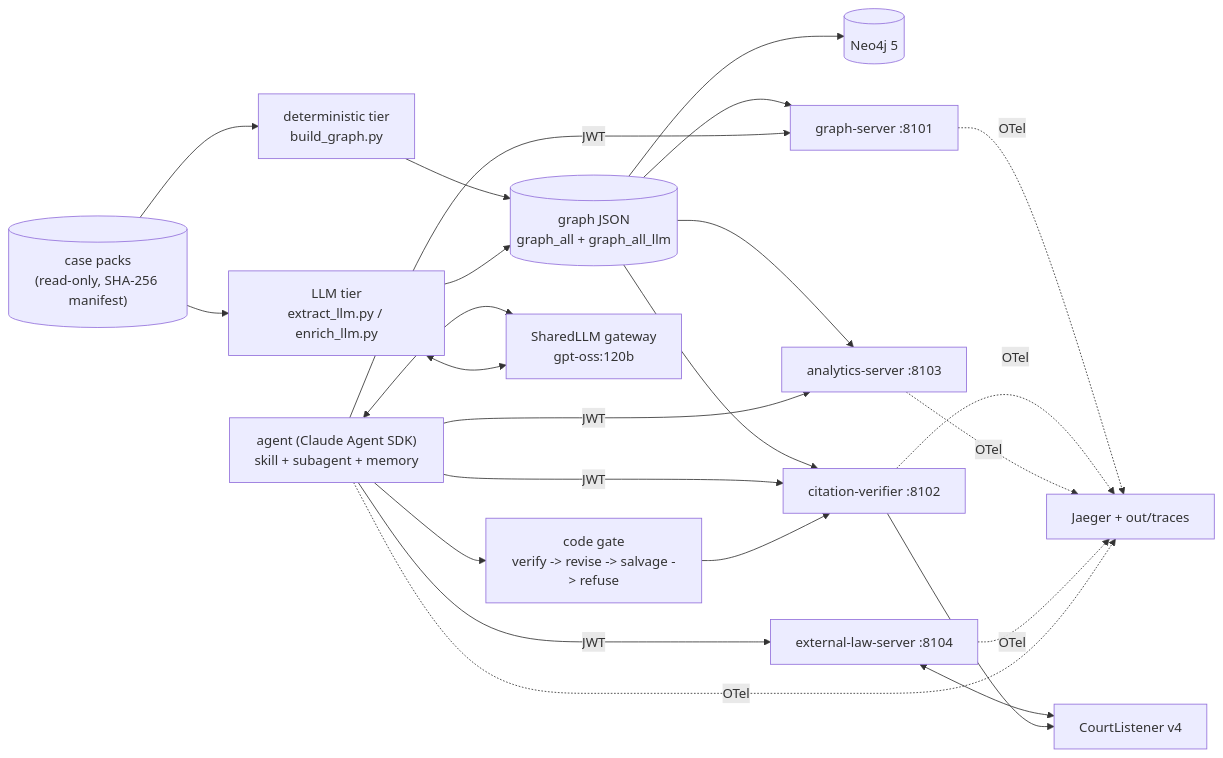
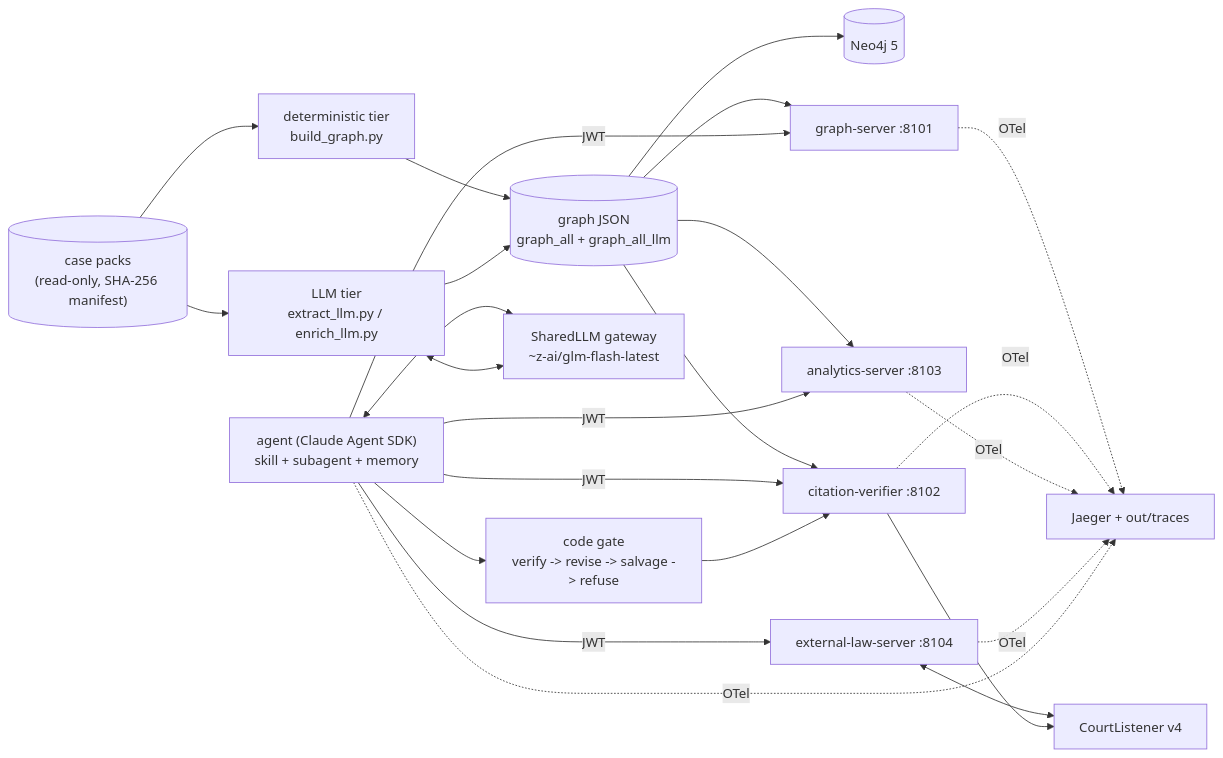
The diagram in docs/architecture.md (bhargavlukka/lisa-legal-kg), drawn with Mermaid before and after one commit. The commit also changed other lines of this file and 6 other files, not shown here.

Commit message:
compose: per-service secrets, agent gets a researcher token instead of the signing secret; docs: SharedLLM pool model path, fencing scope, secrets

````diff
--- a/docs/architecture.md
+++ b/docs/architecture.md
@@ -8,16 +8,16 @@
 ```mermaid
 flowchart LR
   DATA[("case packs<br/>(read-only, SHA-256 manifest)")] --> DET["deterministic tier<br/>build_graph.py"]
   DATA --> LLMX["LLM tier<br/>extract_llm.py / enrich_llm.py"]
   DET --> GJ[("graph JSON<br/>graph_all + graph_all_llm")]
   LLMX --> GJ
   GJ --> NEO[("Neo4j 5")]
   GJ --> G["graph-server :8101"] & V["citation-verifier :8102"] & A["analytics-server :8103"]
   X["external-law-server :8104"] <--> CL["CourtListener v4"]
   V --> CL
   AG["agent (Claude Agent SDK)<br/>skill + subagent + memory"] -->|JWT| G & V & A & X
   AG --> GATE["code gate<br/>verify -> revise -> salvage -> refuse"] --> V
-  AG <--> LLM["SharedLLM gateway<br/>gpt-oss:120b"]
+  AG <--> LLM["SharedLLM gateway<br/>~z-ai/glm-flash-latest"]
   LLMX <--> LLM
   G & V & A & X & AG -. OTel .-> J["Jaeger + out/traces"]
 ```
````
